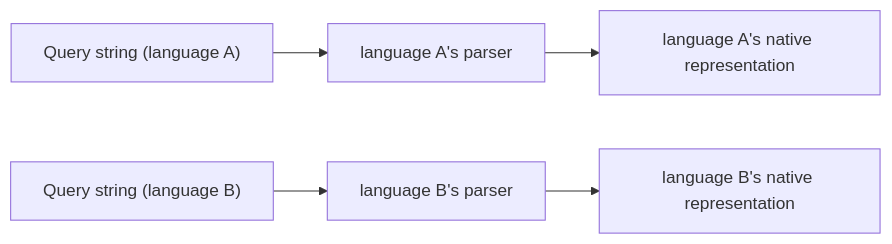
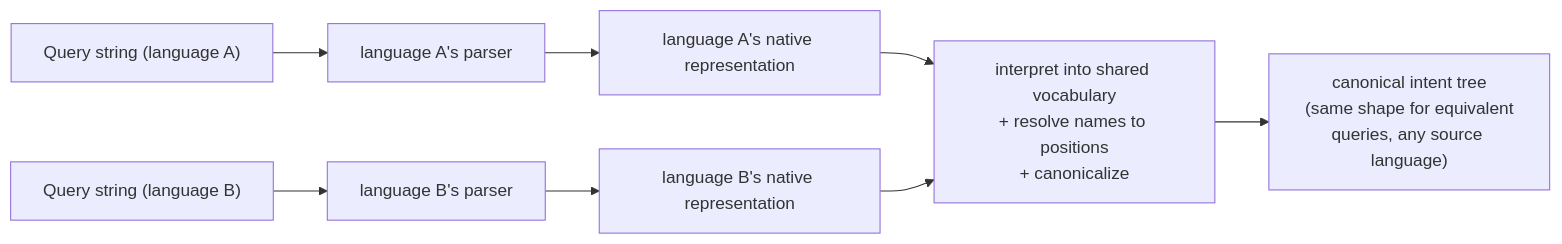
The first of 5 diagrams in docs/design.md (ProjectASAP/ASAPPlanner), drawn with Mermaid before and after one commit. The commit also changed other lines of this file and 6 other files, not shown here.

````diff
--- a/docs/design.md
+++ b/docs/design.md
@@ -29,5 +62,8 @@
 ```mermaid
 flowchart LR
     P["Query string (language A)"] --> PA["language A's parser"] --> PR["language A's native representation"]
     S["Query string (language B)"] --> SA["language B's parser"] --> SR["language B's native representation"]
+    PR --> SH["interpret into shared vocabulary\n+ resolve names to positions\n+ canonicalize"]
+    SR --> SH
+    SH --> L1T["canonical intent tree\n(same shape for equivalent\nqueries, any source language)"]
 ```
````
